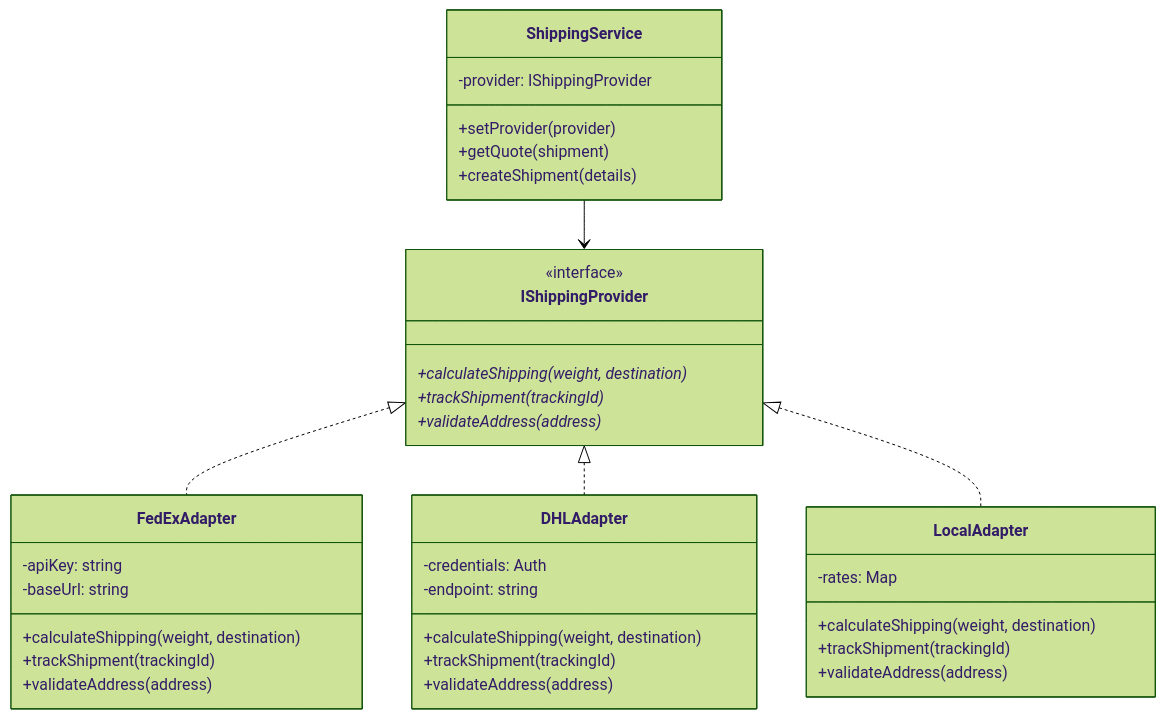
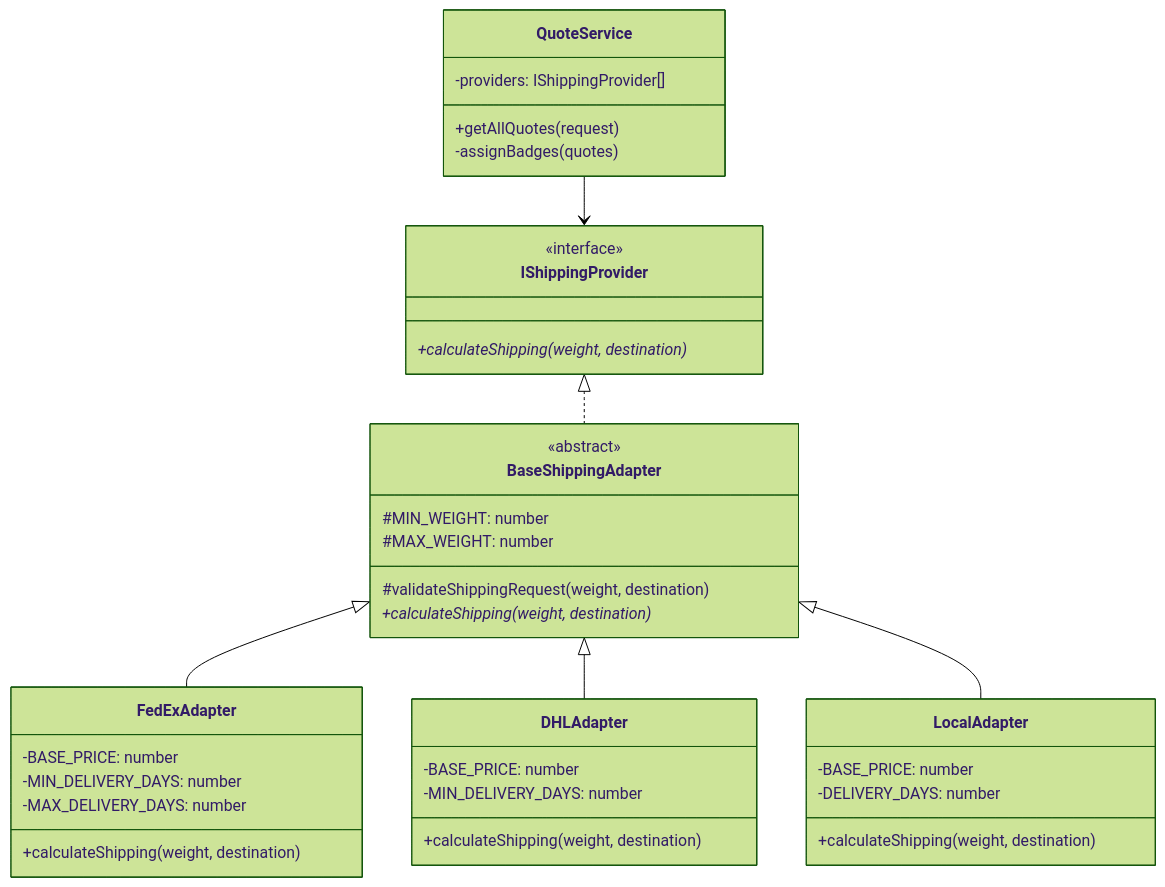
One commit to J-Ciro/logistics-optimizer changed the diagram in .github/ARCHITECTURE.md. Above: the diagram before and after it, drawn with Mermaid (forest theme). The commit also changed other lines of this file and 3 other files, not shown here.

````diff
--- a/.github/ARCHITECTURE.md
+++ b/.github/ARCHITECTURE.md
@@ -14,44 +18,46 @@
 ```mermaid
 classDiagram
     class IShippingProvider {
         <<interface>>
         +calculateShipping(weight, destination)*
-        +trackShipment(trackingId)*
-        +validateAddress(address)*
+    }
+
+    class BaseShippingAdapter {
+        <<abstract>>
+        #MIN_WEIGHT: number
+        #MAX_WEIGHT: number
+        #validateShippingRequest(weight, destination)
+        +calculateShipping(weight, destination)*
     }
 
     class FedExAdapter {
-        -apiKey: string
-        -baseUrl: string
+        -BASE_PRICE: number
+        -MIN_DELIVERY_DAYS: number
+        -MAX_DELIVERY_DAYS: number
         +calculateShipping(weight, destination)
-        +trackShipment(trackingId)
-        +validateAddress(address)
     }
 
     class DHLAdapter {
-        -credentials: Auth
-        -endpoint: string
+        -BASE_PRICE: number
+        -MIN_DELIVERY_DAYS: number
         +calculateShipping(weight, destination)
-        +trackShipment(trackingId)
-        +validateAddress(address)
     }
 
     class LocalAdapter {
-        -rates: Map
+        -BASE_PRICE: number
+        -DELIVERY_DAYS: number
         +calculateShipping(weight, destination)
-        +trackShipment(trackingId)
-        +validateAddress(address)
     }
 
-    class ShippingService {
-        -provider: IShippingProvider
-        +setProvider(provider)
-        +getQuote(shipment)
-        +createShipment(details)
+    class QuoteService {
+        -providers: IShippingProvider[]
+        +getAllQuotes(request)
+        -assignBadges(quotes)
     }
 
-    IShippingProvider <|.. FedExAdapter
-    IShippingProvider <|.. DHLAdapter
-    IShippingProvider <|.. LocalAdapter
-    ShippingService --> IShippingProvider
+    IShippingProvider <|.. BaseShippingAdapter
+    BaseShippingAdapter <|-- FedExAdapter
+    BaseShippingAdapter <|-- DHLAdapter
+    BaseShippingAdapter <|-- LocalAdapter
+    QuoteService --> IShippingProvider
 ```
````
